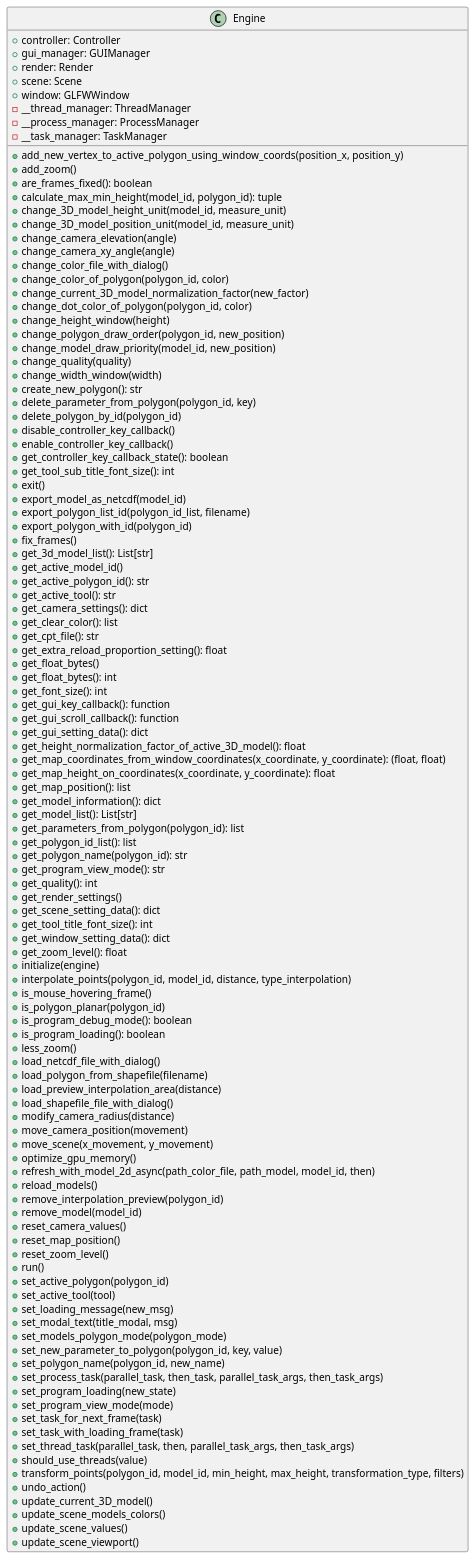
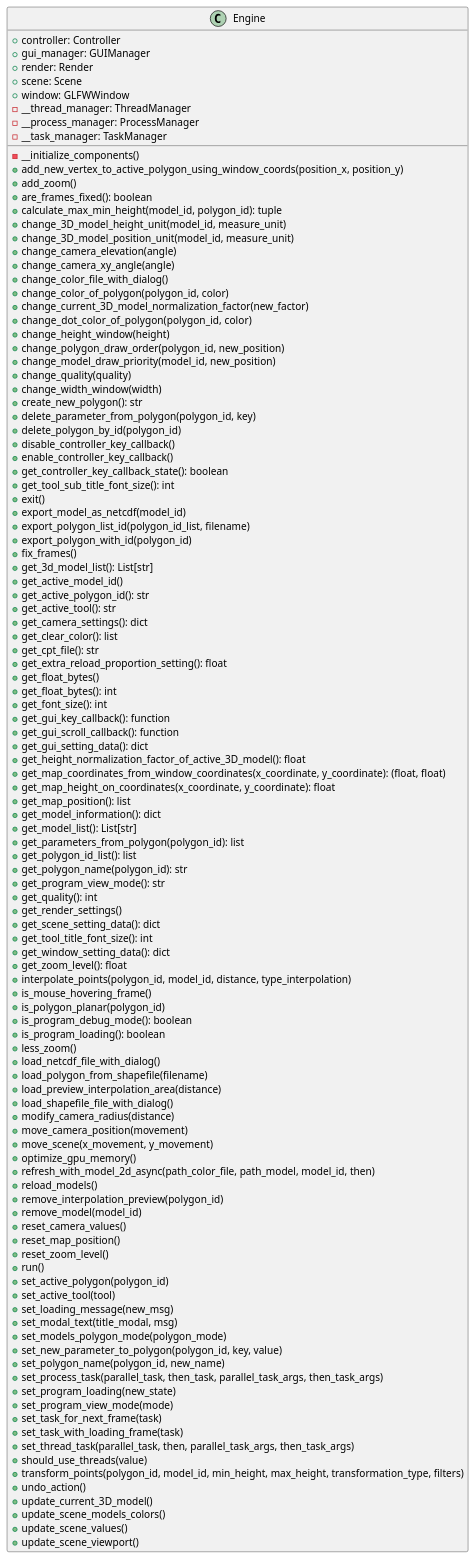
Before and after one commit to ferpoble2/Relief_Creator: the diagram in docs/classes/Engine.puml, drawn with PlantUML. The commit also changed 6 other files, not shown here.

```diff
--- a/docs/classes/Engine.puml
+++ b/docs/classes/Engine.puml
@@ -1,116 +1,116 @@
 @startuml
 class Engine {
     + controller: Controller
     + gui_manager: GUIManager
     + render: Render
     + scene: Scene
     + window: GLFWWindow
     - __thread_manager: ThreadManager
     - __process_manager: ProcessManager
     - __task_manager: TaskManager
 
+    - __initialize_components()
     + add_new_vertex_to_active_polygon_using_window_coords(position_x, position_y)
     + add_zoom()
     + are_frames_fixed(): boolean
     + calculate_max_min_height(model_id, polygon_id): tuple
     + change_3D_model_height_unit(model_id, measure_unit)
     + change_3D_model_position_unit(model_id, measure_unit)
     + change_camera_elevation(angle)
     + change_camera_xy_angle(angle)
     + change_color_file_with_dialog()
     + change_color_of_polygon(polygon_id, color)
     + change_current_3D_model_normalization_factor(new_factor)
     + change_dot_color_of_polygon(polygon_id,  color)
     + change_height_window(height)
     + change_polygon_draw_order(polygon_id, new_position)
     + change_model_draw_priority(model_id, new_position)
     + change_quality(quality)
     + change_width_window(width)
     + create_new_polygon(): str
     + delete_parameter_from_polygon(polygon_id, key)
     + delete_polygon_by_id(polygon_id)
     + disable_controller_key_callback()
     + enable_controller_key_callback()
     + get_controller_key_callback_state(): boolean
     + get_tool_sub_title_font_size(): int
     + exit()
     + export_model_as_netcdf(model_id)
     + export_polygon_list_id(polygon_id_list, filename)
     + export_polygon_with_id(polygon_id)
     + fix_frames()
     + get_3d_model_list(): List[str]
     + get_active_model_id()
     + get_active_polygon_id(): str
     + get_active_tool(): str
     + get_camera_settings(): dict
     + get_clear_color(): list
     + get_cpt_file(): str
     + get_extra_reload_proportion_setting(): float
     + get_float_bytes()
     + get_float_bytes(): int
     + get_font_size(): int
     + get_gui_key_callback(): function
     + get_gui_scroll_callback(): function
     + get_gui_setting_data(): dict
     + get_height_normalization_factor_of_active_3D_model(): float
     + get_map_coordinates_from_window_coordinates(x_coordinate, y_coordinate): (float, float)
     + get_map_height_on_coordinates(x_coordinate, y_coordinate): float
     + get_map_position(): list
     + get_model_information(): dict
     + get_model_list(): List[str]
     + get_parameters_from_polygon(polygon_id): list
     + get_polygon_id_list(): list
     + get_polygon_name(polygon_id): str
     + get_program_view_mode(): str
     + get_quality(): int
     + get_render_settings()
     + get_scene_setting_data(): dict
     + get_tool_title_font_size(): int
     + get_window_setting_data(): dict
     + get_zoom_level(): float
-    + initialize(engine)
     + interpolate_points(polygon_id, model_id, distance, type_interpolation)
     + is_mouse_hovering_frame()
     + is_polygon_planar(polygon_id)
     + is_program_debug_mode(): boolean
     + is_program_loading(): boolean
     + less_zoom()
     + load_netcdf_file_with_dialog()
     + load_polygon_from_shapefile(filename)
     + load_preview_interpolation_area(distance)
     + load_shapefile_file_with_dialog()
     + modify_camera_radius(distance)
     + move_camera_position(movement)
     + move_scene(x_movement, y_movement)
     + optimize_gpu_memory()
     + refresh_with_model_2d_async(path_color_file, path_model, model_id, then)
     + reload_models()
     + remove_interpolation_preview(polygon_id)
     + remove_model(model_id)
     + reset_camera_values()
     + reset_map_position()
     + reset_zoom_level()
     + run()
     + set_active_polygon(polygon_id)
     + set_active_tool(tool)
     + set_loading_message(new_msg)
     + set_modal_text(title_modal, msg)
     + set_models_polygon_mode(polygon_mode)
     + set_new_parameter_to_polygon(polygon_id, key, value)
     + set_polygon_name(polygon_id, new_name)
     + set_process_task(parallel_task, then_task, parallel_task_args, then_task_args)
     + set_program_loading(new_state)
     + set_program_view_mode(mode)
     + set_task_for_next_frame(task)
     + set_task_with_loading_frame(task)
     + set_thread_task(parallel_task, then, parallel_task_args, then_task_args)
     + should_use_threads(value)
     + transform_points(polygon_id, model_id, min_height, max_height, transformation_type, filters)
     + undo_action()
     + update_current_3D_model()
     + update_scene_models_colors()
     + update_scene_values()
     + update_scene_viewport()
 }
 
 @enduml
```
